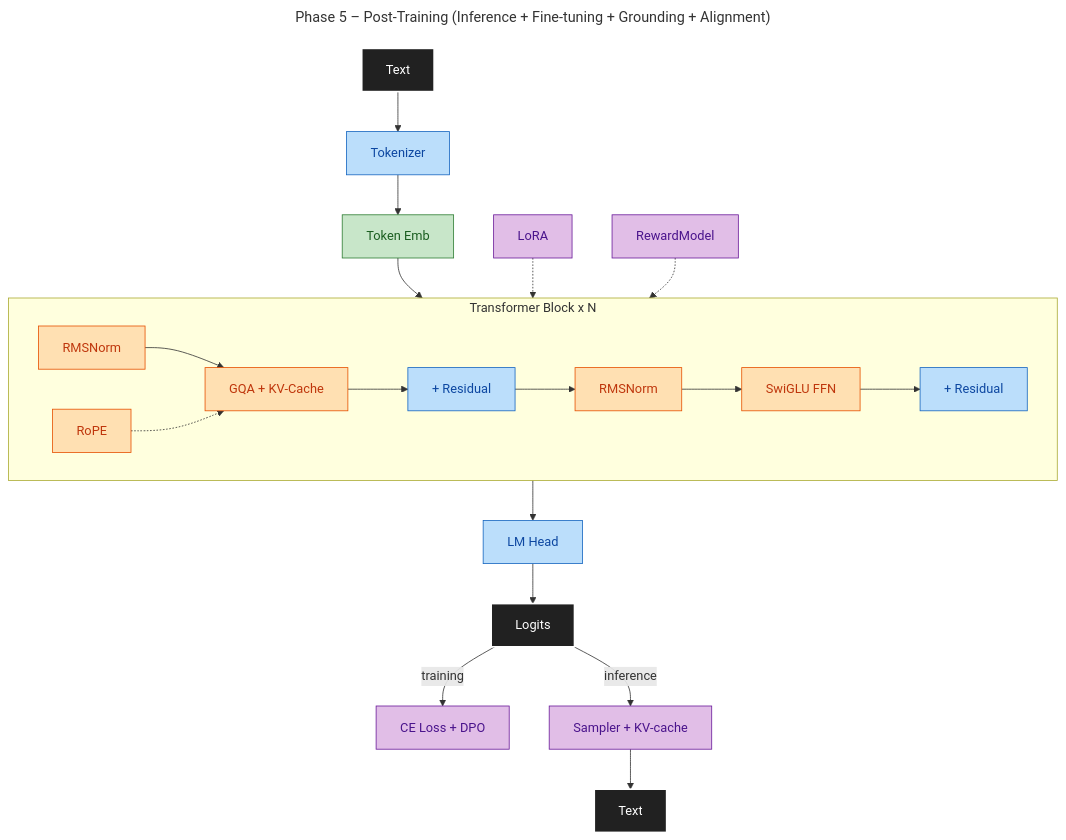
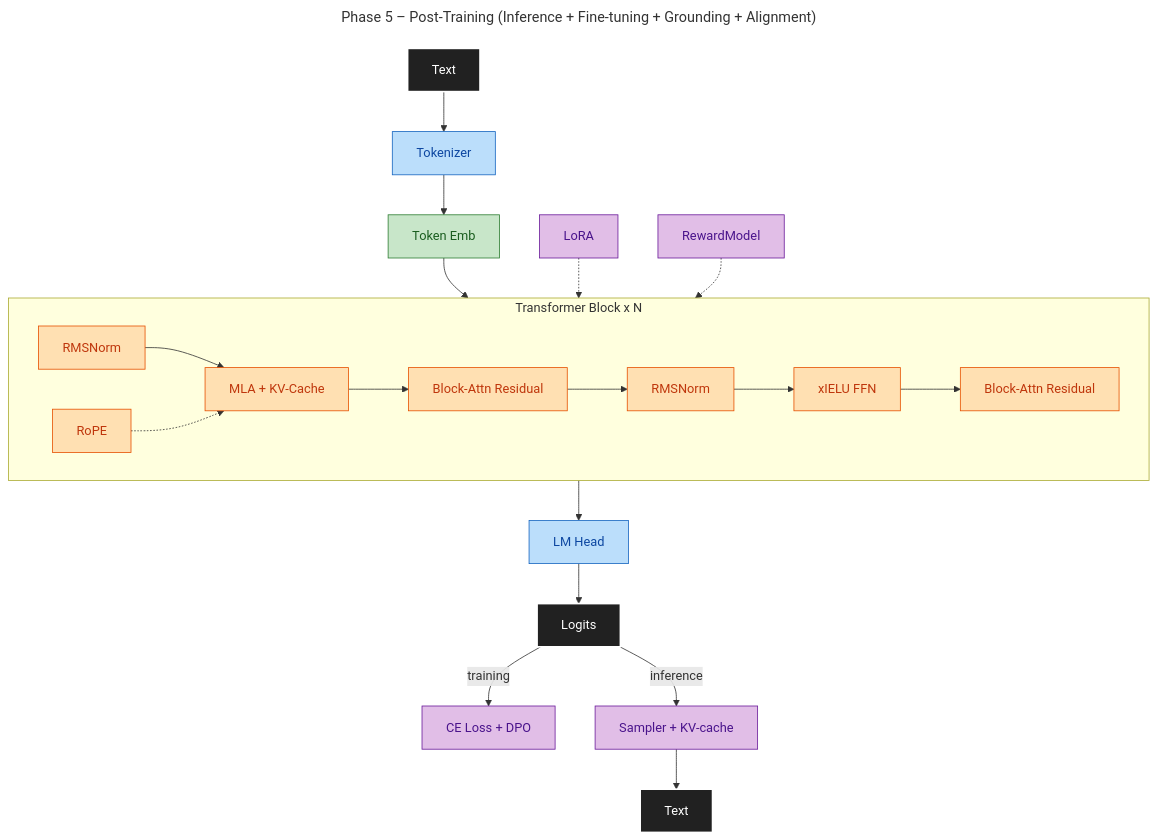
One commit to maxjbarfuss/max_llm changed the fourth of 7 diagrams in docs/DESIGN.md. Above: the diagram before and after it, drawn with Mermaid. The commit also changed other lines of this file and 20 other files, not shown here.

````diff
--- a/docs/DESIGN.md
+++ b/docs/DESIGN.md
@@ -95,22 +95,22 @@
 ```mermaid
 ---
 title: Phase 5 – Post-Training (Inference + Fine-tuning + Grounding + Alignment)
 ---
 graph TD
     A[Text]:::io --> B[Tokenizer]:::p3 --> C[Token Emb]:::p2 --> Block
     subgraph Block[Transformer Block x N]
         direction LR
-        D[RMSNorm]:::p4 --> E[GQA + KV-Cache]:::p4 --> F[+ Residual]:::p3 --> G[RMSNorm]:::p4 --> H[SwiGLU FFN]:::p4 --> I[+ Residual]:::p3
+        D[RMSNorm]:::p4 --> E[MLA + KV-Cache]:::p4 --> F[Block-Attn Residual]:::p4 --> G[RMSNorm]:::p4 --> H[xIELU FFN]:::p4 --> I[Block-Attn Residual]:::p4
         RoPE:::p4 -.-> E
     end
     Block --> J[LM Head]:::p3 --> K[Logits]:::io
     K -->|training| L[CE Loss + DPO]:::p5
     K -->|inference| M[Sampler + KV-cache]:::p5 --> N[Text]:::io
     LoRA:::p5 -.-> Block
     RewardModel:::p5 -.-> Block
     classDef io fill:#212121,stroke:#FFFFFF,color:#FFFFFF,stroke-width:2px
     classDef p2 fill:#C8E6C9,stroke:#2E7D32,color:#1B5E20
     classDef p3 fill:#BBDEFB,stroke:#1565C0,color:#0D47A1
     classDef p4 fill:#FFE0B2,stroke:#E65100,color:#BF360C
     classDef p5 fill:#E1BEE7,stroke:#6A1B9A,color:#4A148C
 ```
````
